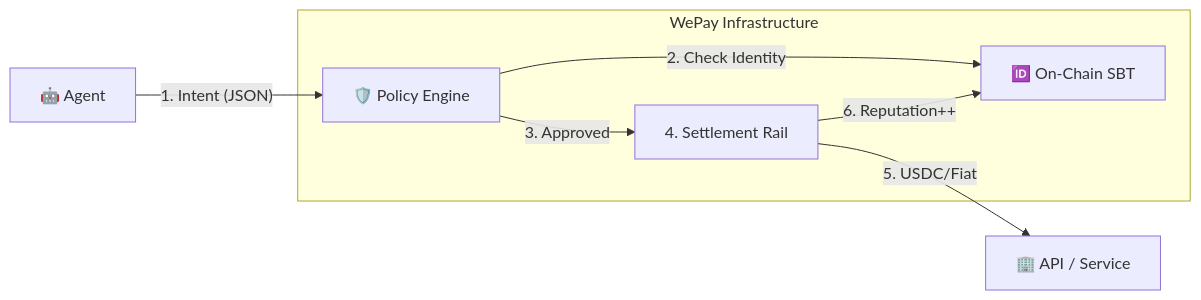
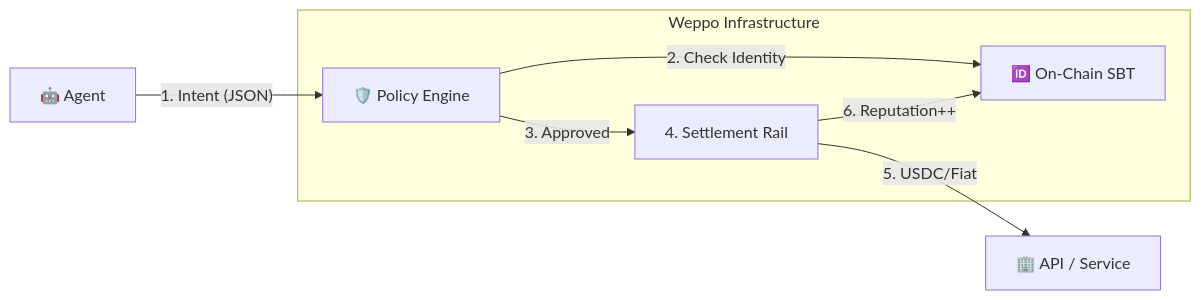
One commit to pegasus4me/wepay changed the diagram in README.md. Above: the diagram before and after it, drawn with Mermaid. The commit also changed other lines of this file and 43 other files, not shown here.

````diff
--- a/README.md
+++ b/README.md
@@ -46,12 +46,12 @@
 ```mermaid
 graph LR
     Agent["🤖 Agent"] --"1. Intent (JSON)"--> Policy["🛡️ Policy Engine"]
     
-    subgraph "WePay Infrastructure"
+    subgraph "Weppo Infrastructure"
         Policy --"2. Check Identity"--> Passport["🆔 On-Chain SBT"]
         Policy --"3. Approved"--> Settlement["4. Settlement Rail"]
     end
     
     Settlement --"5. USDC/Fiat"--> Merchant["🏢 API / Service"]
     Settlement --"6. Reputation++"--> Passport
 ```
````
